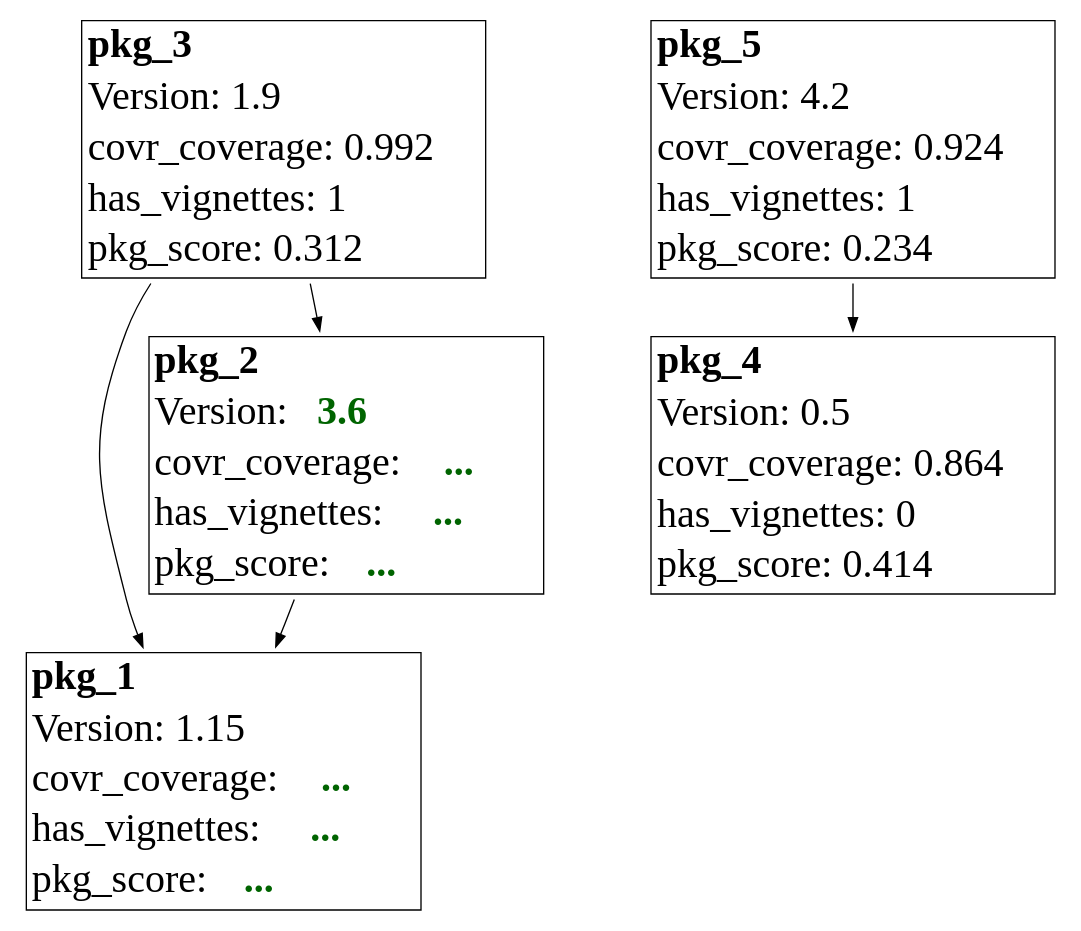
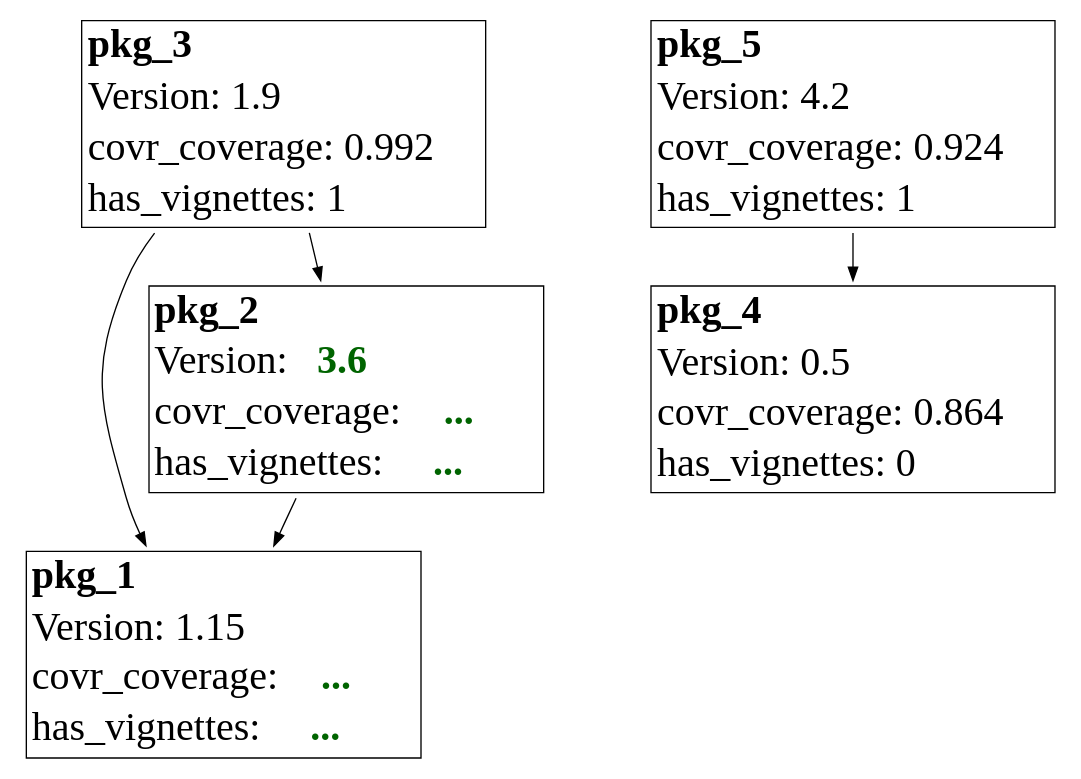
Before and after one commit to pharmaR/events-useR2024: the third of 4 diagrams in index.qmd, drawn with Graphviz. The commit also changed other lines of this file, not shown here.

````diff
--- a/index.qmd
+++ b/index.qmd
@@ -260,55 +257,50 @@
 ```{dot}
 digraph D {
   node [shape=plaintext fontname="Sans serif" fontsize="30"];
 
   pkg_1 [ label=<
    <table border="1" cellborder="0" cellspacing="1">
      <tr><td align="left"><b>pkg_1</b></td></tr>
      <tr><td align="left">Version: 1.15</td></tr>
      <tr><td align="left">covr_coverage: <b><font color="darkgreen">...</font></b>      </td></tr>
      <tr><td align="left">has_vignettes: <b><font color="darkgreen">...</font></b>      </td></tr>
-     <tr><td align="left">pkg_score: <b><font color="darkgreen">...</font></b>      </td></tr>
    </table>>];
    
   pkg_2 [ label=<
    <table border="1" cellborder="0" cellspacing="1">
      <tr><td align="left"><b>pkg_2</b></td></tr>
      <tr><td align="left">Version: <b><font color="darkgreen">3.6</font></b></td></tr>
      <tr><td align="left">covr_coverage: <b><font color="darkgreen">...</font></b>      </td></tr>
      <tr><td align="left">has_vignettes: <b><font color="darkgreen">...</font></b>      </td></tr>
-     <tr><td align="left">pkg_score: <b><font color="darkgreen">...</font></b>      </td></tr>
    </table>>];
    
   pkg_3 [ label=<
    <table border="1" cellborder="0" cellspacing="1">
      <tr><td align="left"><b>pkg_3</b></td></tr>
      <tr><td align="left">Version: 1.9</td></tr>
      <tr><td align="left">covr_coverage: 0.992</td></tr>
      <tr><td align="left">has_vignettes: 1</td></tr>
-     <tr><td align="left">pkg_score: 0.312</td></tr>
    </table>>];
    
   pkg_4 [ label=<
    <table border="1" cellborder="0" cellspacing="1">
      <tr><td align="left"><b>pkg_4</b></td></tr>
      <tr><td align="left">Version: 0.5</td></tr>
      <tr><td align="left">covr_coverage: 0.864</td></tr>
      <tr><td align="left">has_vignettes: 0</td></tr>
-     <tr><td align="left">pkg_score: 0.414</td></tr>
    </table>>];
    
   pkg_5 [ label=<
    <table border="1" cellborder="0" cellspacing="1">
      <tr><td align="left"><b>pkg_5</b></td></tr>
      <tr><td align="left">Version: 4.2</td></tr>
      <tr><td align="left">covr_coverage: 0.924</td></tr>
      <tr><td align="left">has_vignettes: 1</td></tr>
-     <tr><td align="left">pkg_score: 0.234</td></tr>
    </table>>];
 
   pkg_2 -> pkg_1;
   pkg_3 -> pkg_1;
   pkg_3 -> pkg_2;
   pkg_5 -> pkg_4;
 }
 ```
````
